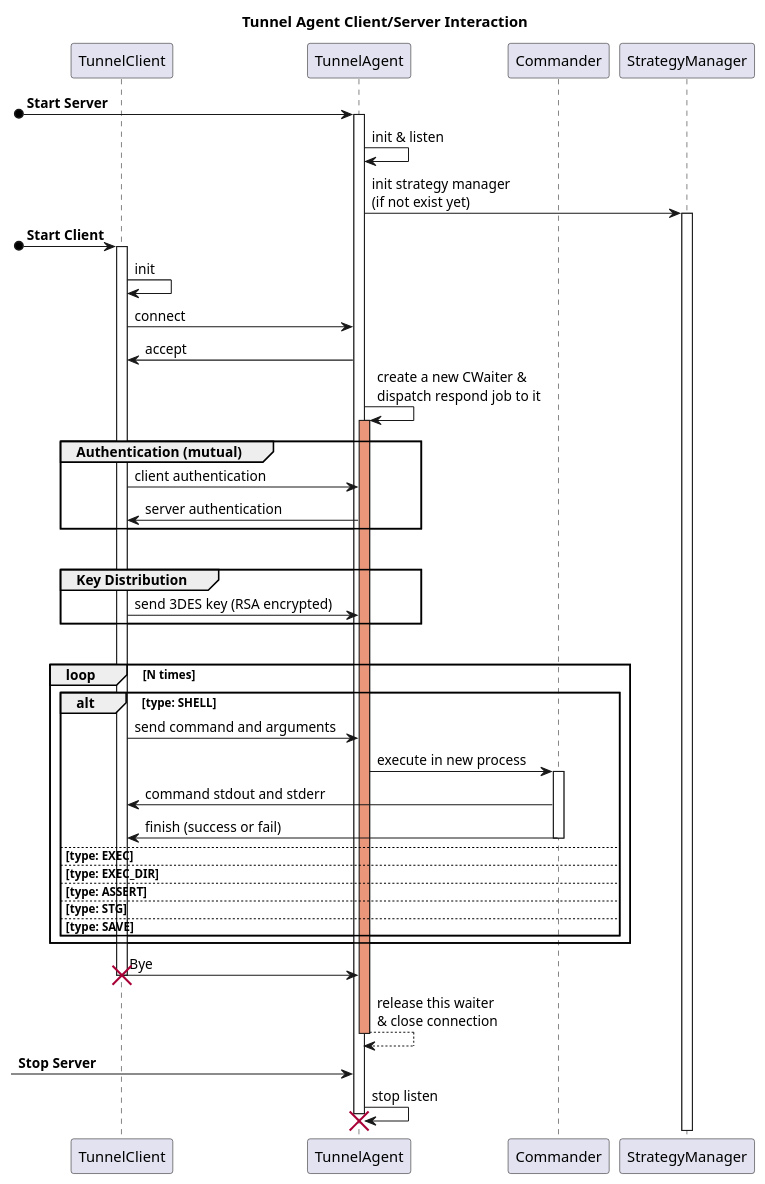
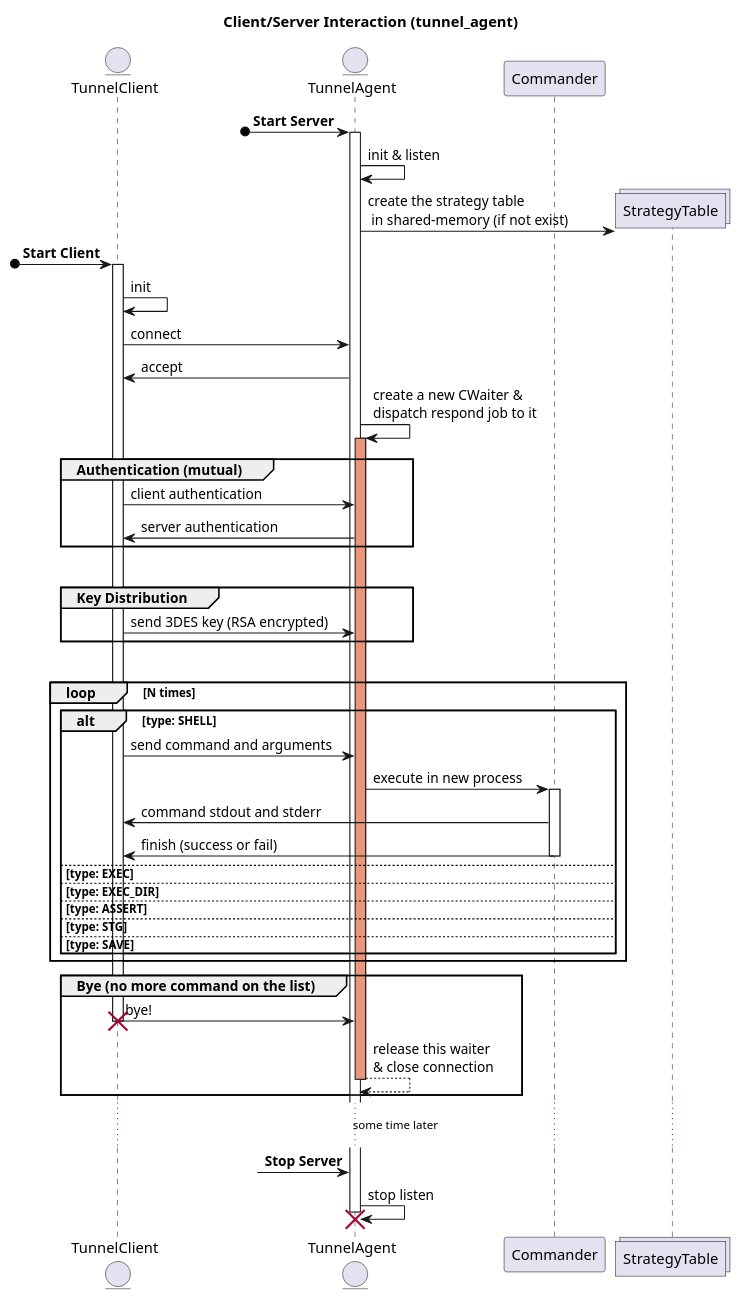
One commit to ufan/nat_framework changed the diagram in src/doc/tunnel_agent.org. Above: the diagram before and after it, drawn with PlantUML. The commit also changed other lines of this file and 18 other files, not shown here.

```diff
--- a/src/doc/tunnel_agent.org
+++ b/src/doc/tunnel_agent.org
@@ -16,64 +36,66 @@
 #+begin_src plantuml :file tunnel_agent_seq.png
 @startuml
-title **Tunnel Agent Client/Server Interaction**
+title **Client/Server Interaction (**tunnel_agent**)**
 
-Participant TunnelClient as client
-Participant TunnelAgent as server
+Entity TunnelClient as client
+Entity TunnelAgent as server
 Participant Commander as commander
-Participant StrategyManager as stg_mgr
+Collections StrategyTable as stg_tbl
 
 ' server should be online
-[o-> server : **Start Server**
+?o-> server : **Start Server**
 activate server
 server -> server : init & listen
-server -> stg_mgr : init strategy manager\n(if not exist yet)
-activate stg_mgr
+server -> stg_tbl **: create the strategy table\n in shared-memory (if not exist)
 
 ' init
 [o-> client : **Start Client**
 activate client
 client -> client : init
 
 ' connect
 client -> server : connect
 server -> client : accept
 server -> server ++ #DarkSalmon : create a new CWaiter & \ndispatch respond job to it
 
 ' == Authentication ==
 group Authentication (mutual)
 client -> server : client authentication
 server -> client : server authentication
 end
 
 |||
 group Key Distribution
 client -> server : send 3DES key (RSA encrypted)
 end
 
 |||
 ' == Send N commands sequentially ==
 loop N times
   alt type: SHELL
     client -> server : send command and arguments
     server -> commander ++: execute in new process
     commander -> client : command stdout and stderr
     commander -> client --: finish (success or fail)
   else type: EXEC
   else type: EXEC_DIR
   else type: ASSERT
   else type: STG
   else type: SAVE
   end
 end
 
 'waiter deactivation
-client -> server : Bye
+group Bye (no more command on the list)
+client -> server : bye!
 destroy client
+return release this waiter \n& close connection  
+end
 
-return release this waiter \n& close connection  
+...some time later...
 
-[-> server : **Stop Server**
+?-> server : **Stop Server**
 server -> server : stop listen
 destroy server
 @enduml
 #+end_src
```
